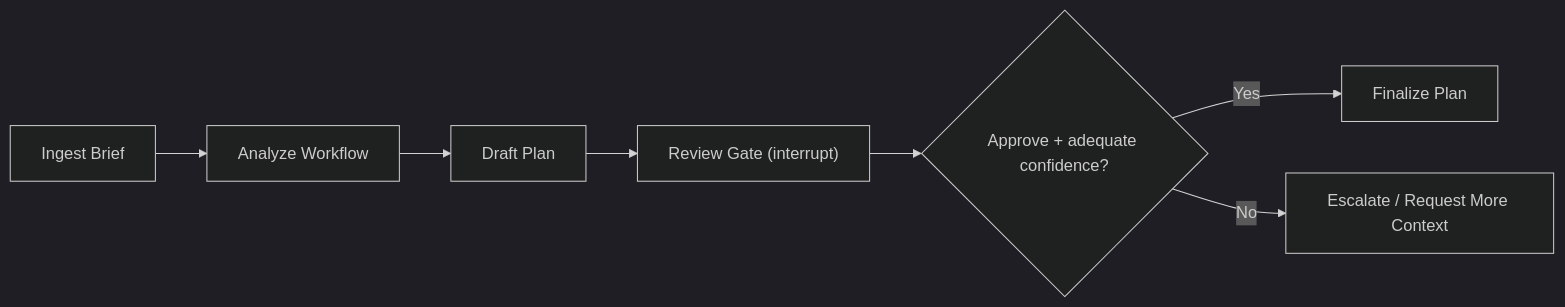
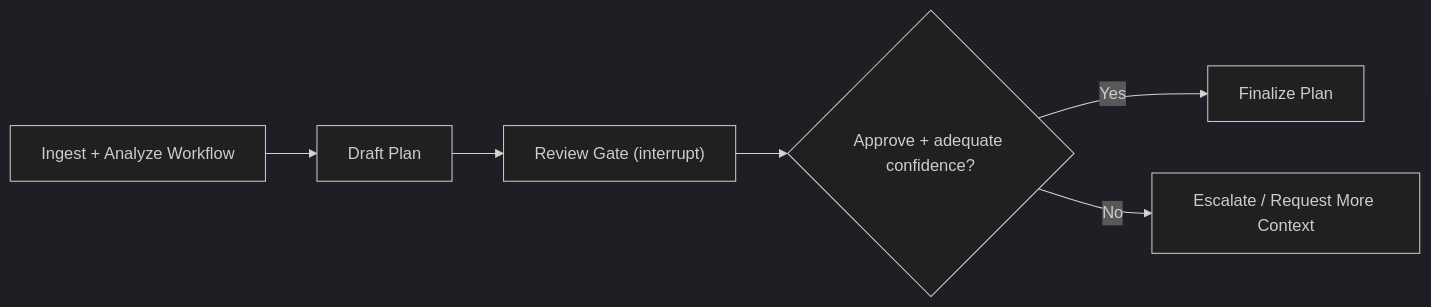
The diagram in README.md (errusch/agent-deployment-readiness-lab), drawn with Mermaid (dark theme) before and after one commit. The commit also changed 5 other files, not shown here.

````diff
--- a/README.md
+++ b/README.md
@@ -39,9 +39,8 @@
 ```mermaid
 flowchart LR
-    A["Ingest Brief"] --> B["Analyze Workflow"]
-    B --> C["Draft Plan"]
-    C --> D["Review Gate (interrupt)"]
-    D --> E{"Approve + adequate confidence?"}
-    E -->|Yes| F["Finalize Plan"]
-    E -->|No| G["Escalate / Request More Context"]
+    A["Ingest + Analyze Workflow"] --> B["Draft Plan"]
+    B --> C["Review Gate (interrupt)"]
+    C --> D{"Approve + adequate confidence?"}
+    D -->|Yes| E["Finalize Plan"]
+    D -->|No| F["Escalate / Request More Context"]
 ```
````
